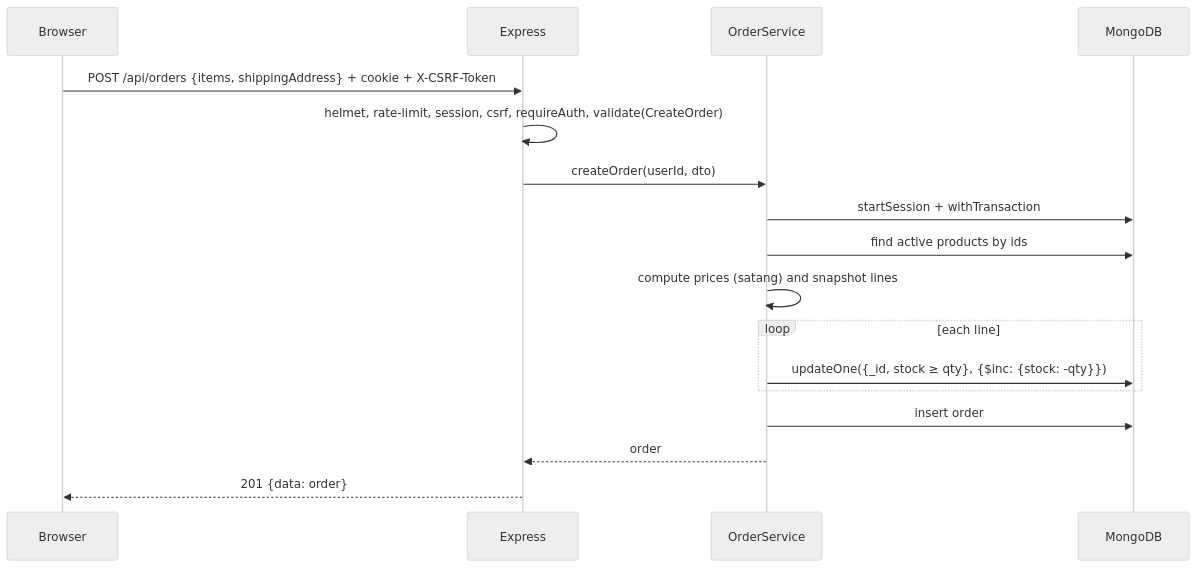
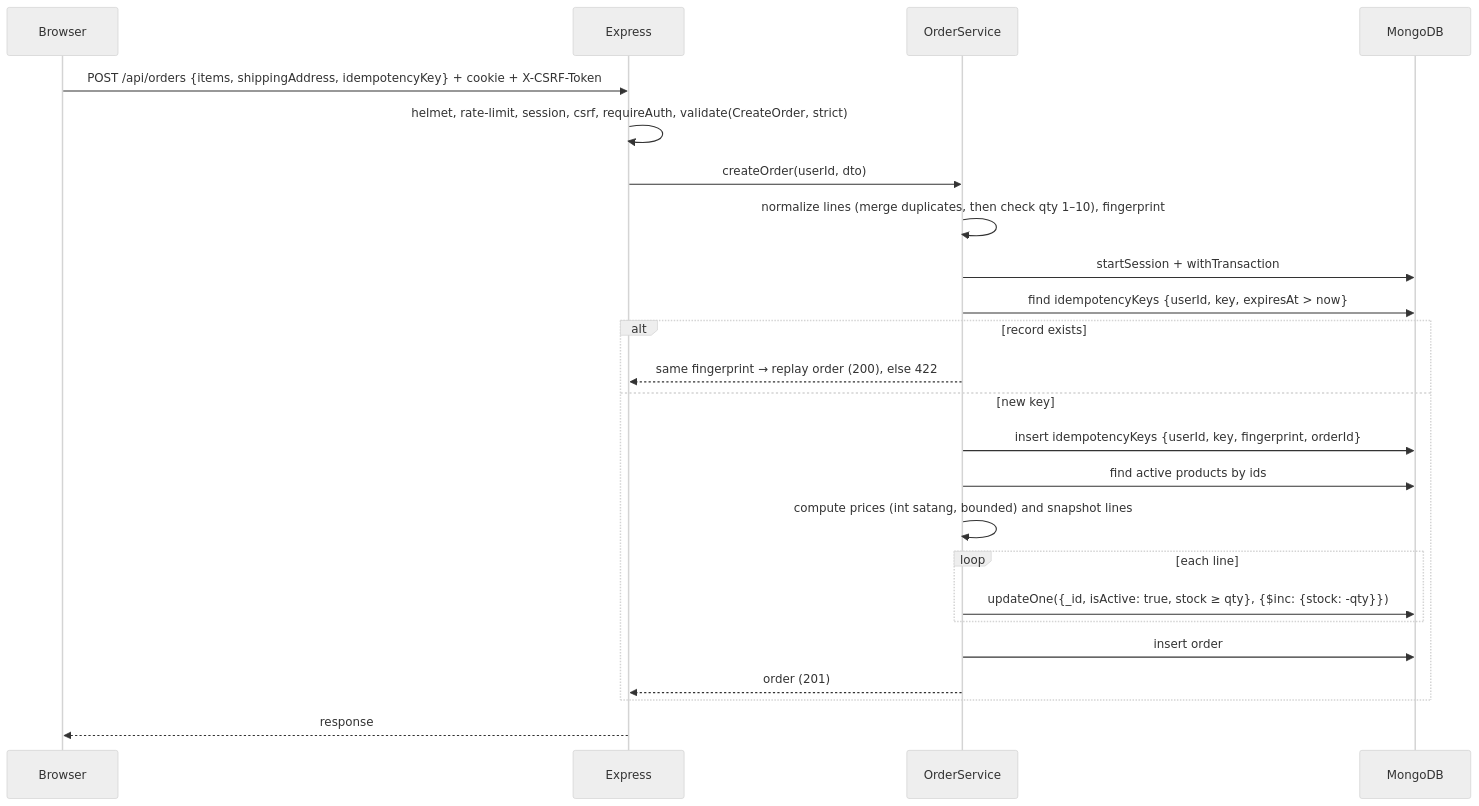
The third of 3 diagrams in docs/architecture/SYSTEM_ARCHITECTURE.md (JameThaksin/it-peripheral-store), drawn with Mermaid (neutral theme) before and after one commit. The commit also changed other lines of this file and 9 other files, not shown here.

First line of the commit message:
docs: M1-003 remediate Codex M1-002 architecture audit

````diff
--- a/docs/architecture/SYSTEM_ARCHITECTURE.md
+++ b/docs/architecture/SYSTEM_ARCHITECTURE.md
@@ -111,19 +112,26 @@
 ```mermaid
 sequenceDiagram
   participant B as Browser
   participant E as Express
   participant S as OrderService
   participant DB as MongoDB
-  B->>E: POST /api/orders {items, shippingAddress} + cookie + X-CSRF-Token
-  E->>E: helmet, rate-limit, session, csrf, requireAuth, validate(CreateOrder)
+  B->>E: POST /api/orders {items, shippingAddress, idempotencyKey} + cookie + X-CSRF-Token
+  E->>E: helmet, rate-limit, session, csrf, requireAuth, validate(CreateOrder, strict)
   E->>S: createOrder(userId, dto)
+  S->>S: normalize lines (merge duplicates, then check qty 1–10), fingerprint
   S->>DB: startSession + withTransaction
-  S->>DB: find active products by ids
-  S->>S: compute prices (satang) and snapshot lines
-  loop each line
-    S->>DB: updateOne({_id, stock ≥ qty}, {$inc: {stock: -qty}})
+  S->>DB: find idempotencyKeys {userId, key, expiresAt > now}
+  alt record exists
+    S-->>E: same fingerprint → replay order (200), else 422
+  else new key
+    S->>DB: insert idempotencyKeys {userId, key, fingerprint, orderId}
+    S->>DB: find active products by ids
+    S->>S: compute prices (int satang, bounded) and snapshot lines
+    loop each line
+      S->>DB: updateOne({_id, isActive: true, stock ≥ qty}, {$inc: {stock: -qty}})
+    end
+    S->>DB: insert order
+    S-->>E: order (201)
   end
-  S->>DB: insert order
-  S-->>E: order
-  E-->>B: 201 {data: order}
+  E-->>B: response
 ```
````
